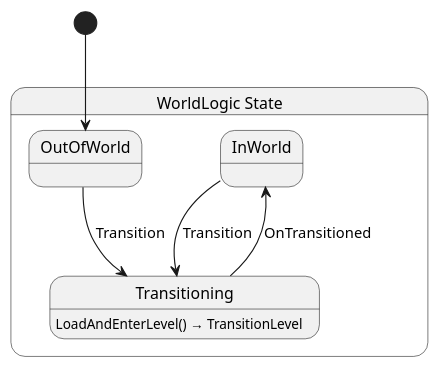
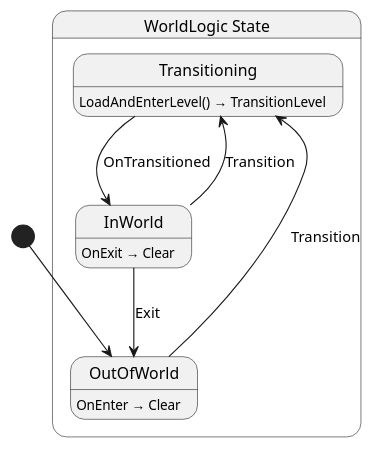
The diagram in Yolk.Logic/World/WorldLogic.g.puml (nilsiker/yolk), drawn with PlantUML before and after one commit. The commit also changed 21 other files, not shown here.

```diff
--- a/Yolk.Logic/World/WorldLogic.g.puml
+++ b/Yolk.Logic/World/WorldLogic.g.puml
@@ -1,15 +1,18 @@
 @startuml WorldLogic
 state "WorldLogic State" as Yolk_Level_WorldLogic_State {
+  state "Transitioning" as Yolk_Level_WorldLogic_State_Transitioning
   state "InWorld" as Yolk_Level_WorldLogic_State_InWorld
   state "OutOfWorld" as Yolk_Level_WorldLogic_State_OutOfWorld
-  state "Transitioning" as Yolk_Level_WorldLogic_State_Transitioning
 }
 
+Yolk_Level_WorldLogic_State_InWorld --> Yolk_Level_WorldLogic_State_OutOfWorld : Exit
 Yolk_Level_WorldLogic_State_InWorld --> Yolk_Level_WorldLogic_State_Transitioning : Transition
 Yolk_Level_WorldLogic_State_OutOfWorld --> Yolk_Level_WorldLogic_State_Transitioning : Transition
 Yolk_Level_WorldLogic_State_Transitioning --> Yolk_Level_WorldLogic_State_InWorld : OnTransitioned
 
+Yolk_Level_WorldLogic_State_InWorld : OnExit → Clear
+Yolk_Level_WorldLogic_State_OutOfWorld : OnEnter → Clear
 Yolk_Level_WorldLogic_State_Transitioning : LoadAndEnterLevel() → TransitionLevel
 
 [*] --> Yolk_Level_WorldLogic_State_OutOfWorld
 @enduml
```
